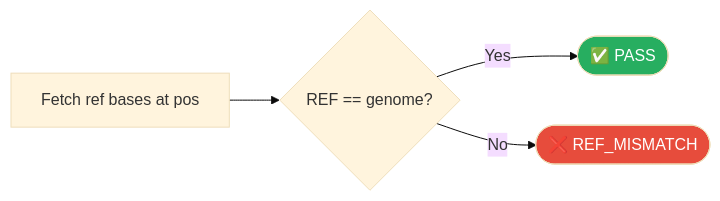
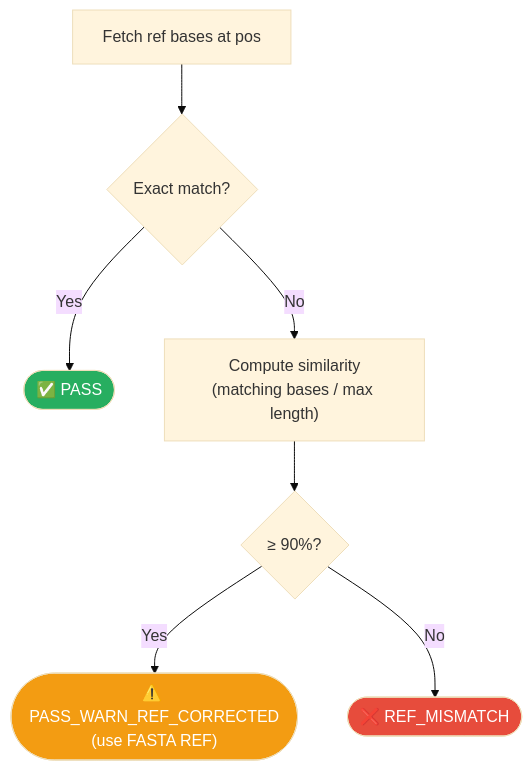
One commit to msk-access/py-gbcms changed the second of 6 diagrams in docs/reference/variant-normalization.md. Above: the diagram before and after it, drawn with Mermaid (base theme). The commit also changed other lines of this file and 1 other file, not shown here.

First line of the commit message:
docs: document tolerant REF validation in variant-normalization.md

````diff
--- a/docs/reference/variant-normalization.md
+++ b/docs/reference/variant-normalization.md
@@ -53,9 +53,13 @@
 ```mermaid
-flowchart LR
-    Fetch["Fetch ref bases at pos"] --> Compare{"REF == genome?"}
-    Compare -- "Yes" --> Pass([✅ PASS]):::pass
-    Compare -- "No" --> Fail([❌ REF_MISMATCH]):::fail
+flowchart TD
+    Fetch["Fetch ref bases at pos"] --> Exact{"Exact match?"}
+    Exact -- "Yes" --> Pass([✅ PASS]):::pass
+    Exact -- "No" --> Sim["Compute similarity\n(matching bases / max length)"]
+    Sim --> Thresh{"≥ 90%?"}
+    Thresh -- "Yes" --> Corrected(["⚠️ PASS_WARN_REF_CORRECTED\n(use FASTA REF)"]):::warn
+    Thresh -- "No" --> Fail([❌ REF_MISMATCH]):::fail
 
     classDef pass fill:#27ae60,color:#fff;
+    classDef warn fill:#f39c12,color:#fff;
     classDef fail fill:#e74c3c,color:#fff;
 ```
````
